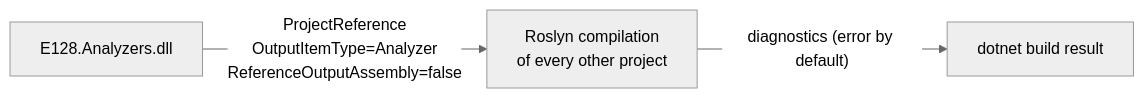
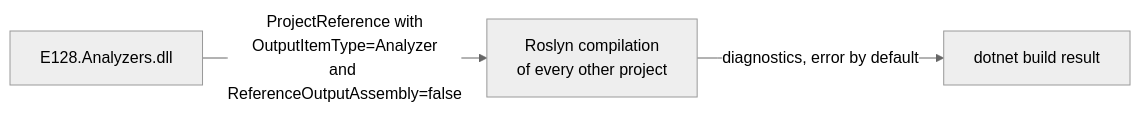
One commit to e128/dotnet-reference changed the second of 4 diagrams in docs/architecture/system.md. Above: the diagram before and after it, drawn with Mermaid (neutral theme). The commit also changed other lines of this file and 20 other files, not shown here.

````diff
--- a/docs/architecture/system.md
+++ b/docs/architecture/system.md
@@ -81,5 +89,5 @@
 ```mermaid
 graph LR
-  ana["E128.Analyzers.dll"] -->|"ProjectReference<br/>OutputItemType=Analyzer<br/>ReferenceOutputAssembly=false"| compile["Roslyn compilation<br/>of every other project"]
-  compile -->|"diagnostics (error by default)"| build["dotnet build result"]
+  ana["E128.Analyzers.dll"] -->|"ProjectReference with<br/>OutputItemType=Analyzer<br/>and ReferenceOutputAssembly=false"| compile["Roslyn compilation<br/>of every other project"]
+  compile -->|"diagnostics, error by default"| build["dotnet build result"]
 ```
````
